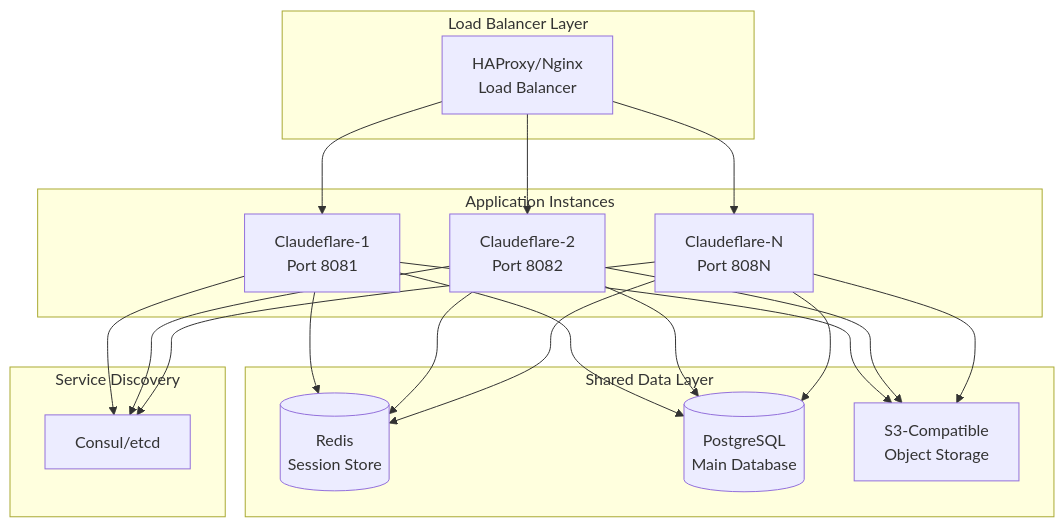
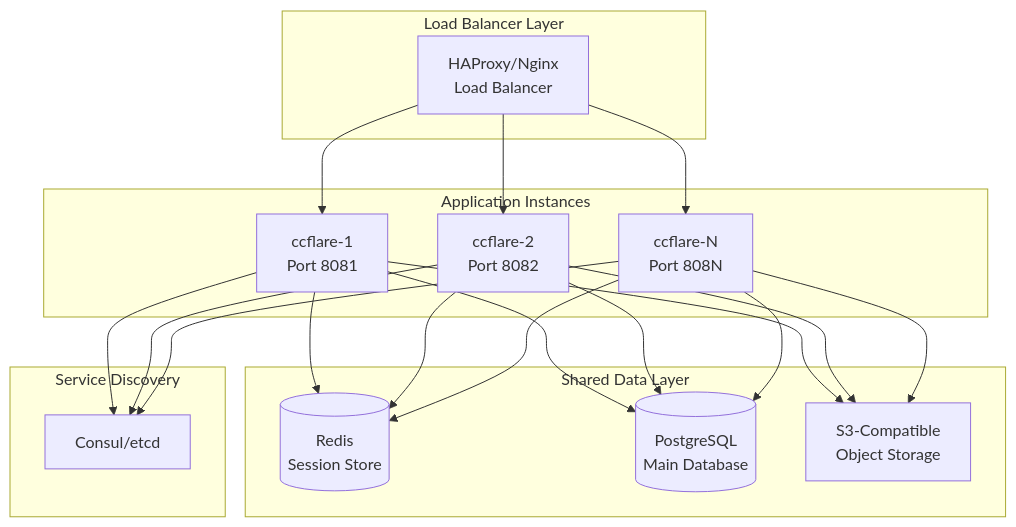
Before and after one commit to tombii/better-ccflare: the third of 3 diagrams in docs/deployment.md, drawn with Mermaid. The commit also changed other lines of this file and 141 other files, not shown here.

First line of the commit message:
refactor(core): rename Claudeflare to ccflare across repo

````diff
--- a/docs/deployment.md
+++ b/docs/deployment.md
@@ -771,41 +771,41 @@
 ```mermaid
 graph TB
     subgraph "Load Balancer Layer"
         LB[HAProxy/Nginx<br/>Load Balancer]
     end
     
     subgraph "Application Instances"
-        APP1[Claudeflare-1<br/>Port 8081]
-        APP2[Claudeflare-2<br/>Port 8082]
-        APP3[Claudeflare-N<br/>Port 808N]
+        APP1[ccflare-1<br/>Port 8081]
+        APP2[ccflare-2<br/>Port 8082]
+        APP3[ccflare-N<br/>Port 808N]
     end
     
     subgraph "Shared Data Layer"
         REDIS[(Redis<br/>Session Store)]
         PG[(PostgreSQL<br/>Main Database)]
         S3[S3-Compatible<br/>Object Storage]
     end
     
     subgraph "Service Discovery"
         CONSUL[Consul/etcd]
     end
     
     LB --> APP1
     LB --> APP2
     LB --> APP3
     
     APP1 --> REDIS
     APP1 --> PG
     APP1 --> S3
     APP1 --> CONSUL
     
     APP2 --> REDIS
     APP2 --> PG
     APP2 --> S3
     APP2 --> CONSUL
     
     APP3 --> REDIS
     APP3 --> PG
     APP3 --> S3
     APP3 --> CONSUL
 ```
````
